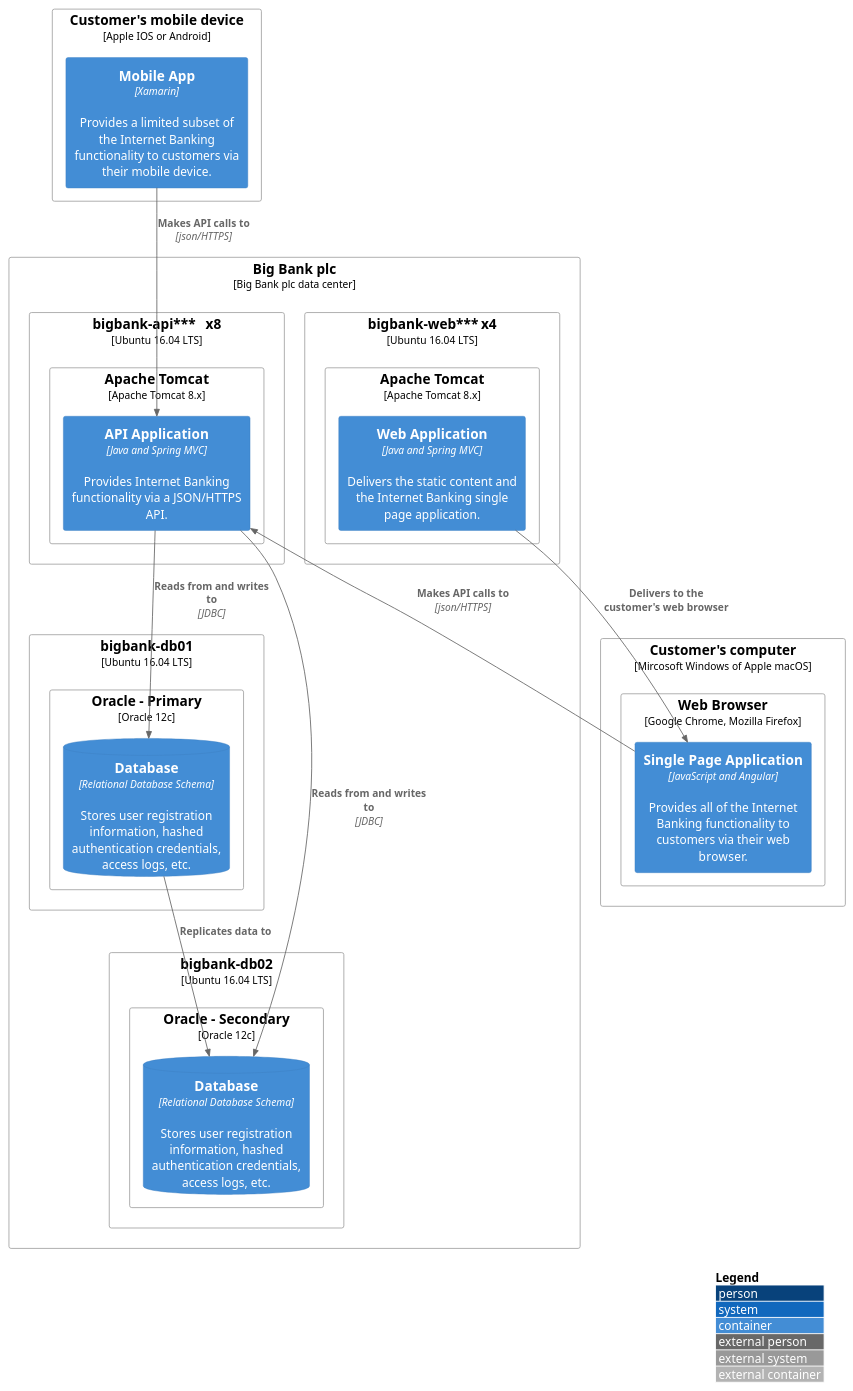
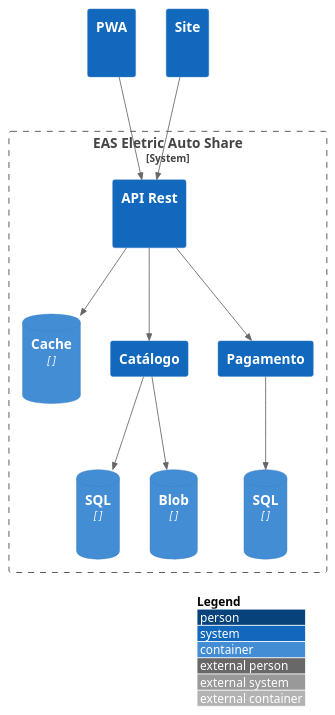
One commit to felipementel/c4-model-builder changed the diagram in src/Nivel 2/deployment.puml. Above: the diagram before and after it, drawn with PlantUML. The commit also changed 8 other files, not shown here.

```diff
--- a/src/Nivel 2/deployment.puml
+++ b/src/Nivel 2/deployment.puml
@@ -1,46 +1,39 @@
 @startuml
 !include https://raw.githubusercontent.com/adrianvlupu/C4-PlantUML/latest/C4_Deployment.puml
 
 LAYOUT_WITH_LEGEND()
 
-Deployment_Node(plc, "Big Bank plc", "Big Bank plc data center"){
-    Deployment_Node(dn, "bigbank-api***\tx8", "Ubuntu 16.04 LTS"){
-        Deployment_Node(apache, "Apache Tomcat", "Apache Tomcat 8.x"){
-            Container(api, "API Application", "Java and Spring MVC", "Provides Internet Banking functionality via a JSON/HTTPS API.")
-        }
-    }
-    Deployment_Node(bigbankdb01, "bigbank-db01", "Ubuntu 16.04 LTS"){
-        Deployment_Node(oracle, "Oracle - Primary", "Oracle 12c"){
-            ContainerDb(db, "Database", "Relational Database Schema", "Stores user registration information, hashed authentication credentials, access logs, etc.")
-        }
-    }
-    Deployment_Node(bigbankdb02, "bigbank-db02", "Ubuntu 16.04 LTS"){
-        Deployment_Node(oracle2, "Oracle - Secondary", "Oracle 12c"){
-            ContainerDb(db2, "Database", "Relational Database Schema", "Stores user registration information, hashed authentication credentials, access logs, etc.")
-        }
-    }
-    Deployment_Node(bb2, "bigbank-web***\tx4", "Ubuntu 16.04 LTS"){
-        Deployment_Node(apache2, "Apache Tomcat", "Apache Tomcat 8.x"){
-            Container(web, "Web Application", "Java and Spring MVC", "Delivers the static content and the Internet Banking single page application.")
-        }
-    }
+System(pwa, "PWA", " ")
+System(site, "Site", " ")
+
+System_Boundary(eeas, "EAS Eletric Auto Share") {
+    System(api, "API Rest", " ")
+    ContainerDb(apiCache, "Cache", " ", " ")
+    System(catalogoApi, "Catálogo", "")
+    ContainerDb(catalogoSQL, "SQL", " ", " ")
+    ContainerDb(catalogoBlob, "Blob", " ", " ")
+    System(pagamentoApi, "Pagamento", "")
+    ContainerDb(pagamentoSQL, "SQL", " ", " ")
+    'System_Ext(bot, "Bot", "Bot do Azure")
+    'System_Ext(pagamentoService, "Pagamento", "Mercado Pago")
+    'System_Ext(CMSService, "CMS", "Webflow")
+    'System_Ext(autenticacaoService, "Autenticação", "Azure AD")
+    'System_Ext(emailMarketingService, "E-mail Marketing", "Mailchimp")
 }
 
-Deployment_Node(mob, "Customer's mobile device", "Apple IOS or Android"){
-    Container(mobile, "Mobile App", "Xamarin", "Provides a limited subset of the Internet Banking functionality to customers via their mobile device.")
-}
+Rel(pwa, api, " ")
+Rel(site, api, " ")
+Rel(api, apiCache, " ")
+Rel(api, catalogoApi, " ")
+Rel(catalogoApi, catalogoSQL, " ")
+Rel(catalogoApi, catalogoBlob, " ")
+Rel(api, pagamentoApi, " ")
+Rel(pagamentoApi, pagamentoSQL, " ")
 
-Deployment_Node(comp, "Customer's computer", "Mircosoft Windows of Apple macOS"){
-    Deployment_Node(browser, "Web Browser", "Google Chrome, Mozilla Firefox"){
-        Container(spa, "Single Page Application", "JavaScript and Angular", "Provides all of the Internet Banking functionality to customers via their web browser.")
-    }
-}
-
-Rel(mobile, api, "Makes API calls to", "json/HTTPS")
-Rel(spa, api, "Makes API calls to", "json/HTTPS")
-Rel(web, spa, "Delivers to the customer's web browser")
-Rel(api, db, "Reads from and writes to", "JDBC")
-Rel(api, db2, "Reads from and writes to", "JDBC")
-Rel(db, db2, "Replicates data to")
+'Rel(pagamentoApi, pagamentoService, " ")
+'Rel(CMSService, cliente, " ")
+'Rel(autenticacaoService, cliente, " ")
+'Rel(emailMarketingService, cliente, " ")
+'Rel(bot, cliente, " ")
 
 @enduml
```
